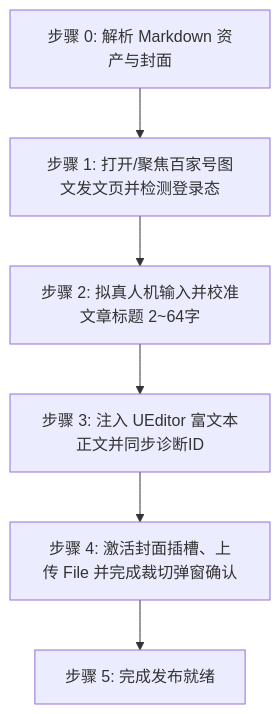
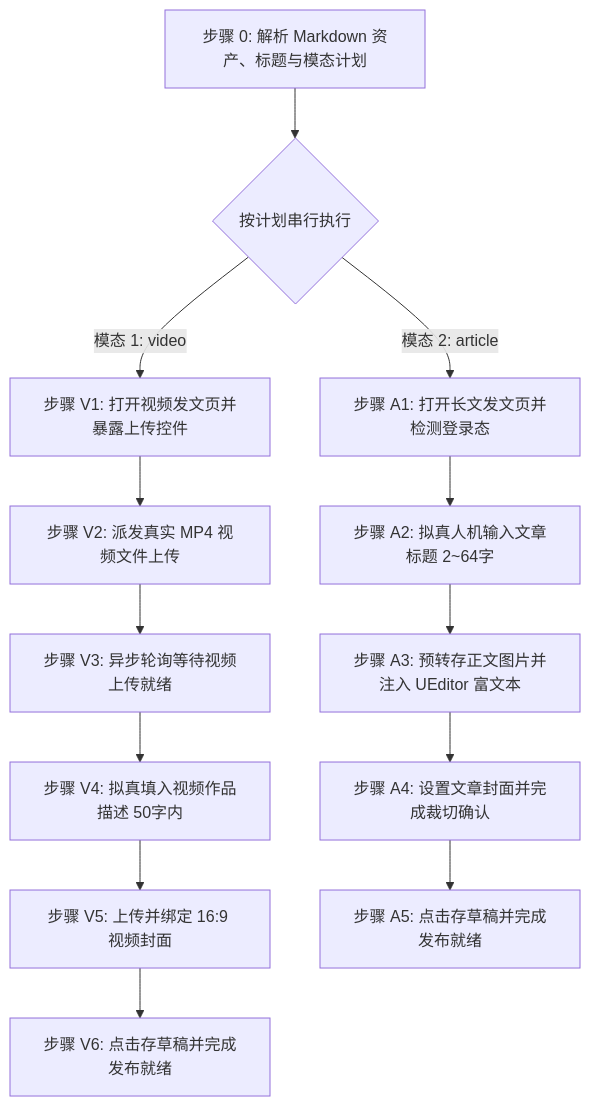
One commit to undsky/doudou-publish-skills changed the diagram in skills/doudou-baijia/SKILL.md. Above: the diagram before and after it, drawn with Mermaid. The commit also changed other lines of this file and 2 other files, not shown here.

Commit message:
feat(doudou-baijia): add video publishing support and dual-mode workflow

````diff
--- a/skills/doudou-baijia/SKILL.md
+++ b/skills/doudou-baijia/SKILL.md
@@ -12,8 +12,17 @@
 ```mermaid
 flowchart TD
-    S0[步骤 0: 解析 Markdown 资产与封面] --> S1[步骤 1: 打开/聚焦百家号图文发文页并检测登录态]
-    S1 --> S2[步骤 2: 拟真人机输入并校准文章标题 2~64字]
-    S2 --> S3[步骤 3: 注入 UEditor 富文本正文并同步诊断ID]
-    S3 --> S4[步骤 4: 激活封面插槽、上传 File 并完成裁切弹窗确认]
-    S4 --> S5[步骤 5: 完成发布就绪]
+    S0[步骤 0: 解析 Markdown 资产、标题与模态计划] --> MP{按计划串行执行}
+
+    MP -->|模态 1: video| V1[步骤 V1: 打开视频发文页并暴露上传控件]
+    V1 --> V2[步骤 V2: 派发真实 MP4 视频文件上传]
+    V2 --> V3[步骤 V3: 异步轮询等待视频上传就绪]
+    V3 --> V4[步骤 V4: 拟真填入视频作品描述 50字内]
+    V4 --> V5[步骤 V5: 上传并绑定 16:9 视频封面]
+    V5 --> V6[步骤 V6: 点击存草稿并完成发布就绪]
+
+    MP -->|模态 2: article| A1[步骤 A1: 打开长文发文页并检测登录态]
+    A1 --> A2[步骤 A2: 拟真人机输入文章标题 2~64字]
+    A2 --> A3[步骤 A3: 预转存正文图片并注入 UEditor 富文本]
+    A3 --> A4[步骤 A4: 设置文章封面并完成裁切确认]
+    A4 --> A5[步骤 A5: 点击存草稿并完成发布就绪]
 ```
````
